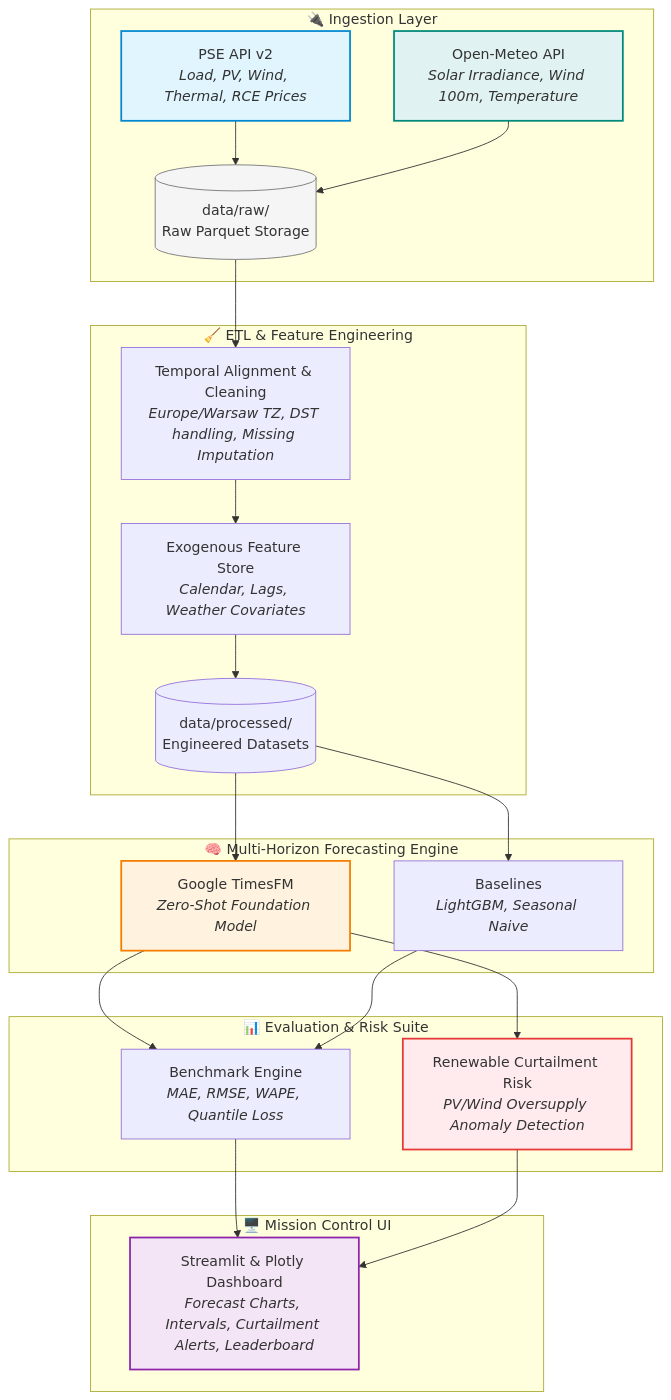
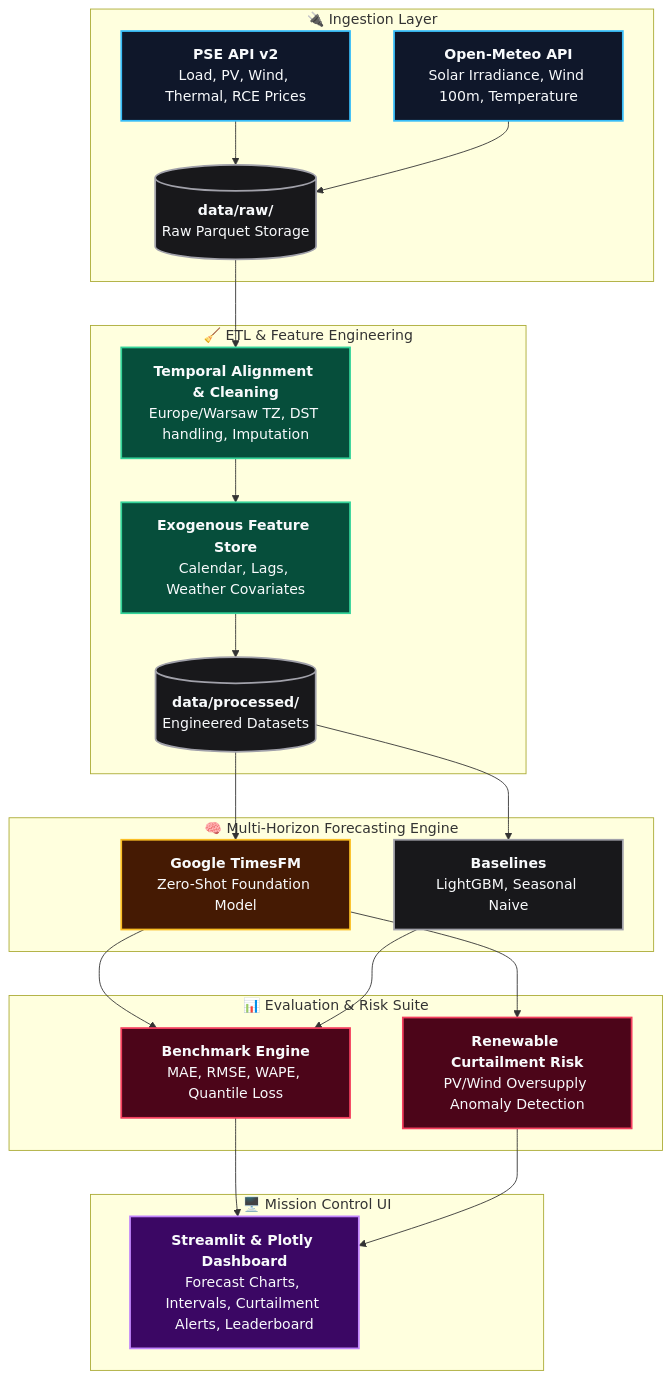
The diagram in README.md (takzen/timesfm-energy-radar), drawn with Mermaid before and after one commit.

Commit message:
docs(readme): improve Mermaid contrast and text visibility across themes

````diff
--- a/README.md
+++ b/README.md
@@ -25,45 +25,53 @@
 ```mermaid
 flowchart TD
     subgraph Ingestion["🔌 Ingestion Layer"]
-        PSE["PSE API v2<br/><i>Load, PV, Wind, Thermal, RCE Prices</i>"]
-        METEO["Open-Meteo API<br/><i>Solar Irradiance, Wind 100m, Temperature</i>"]
-        RAW[("data/raw/<br/>Raw Parquet Storage")]
+        PSE["<b>PSE API v2</b><br/>Load, PV, Wind, Thermal, RCE Prices"]
+        METEO["<b>Open-Meteo API</b><br/>Solar Irradiance, Wind 100m, Temperature"]
+        RAW[("<b>data/raw/</b><br/>Raw Parquet Storage")]
         PSE --> RAW
         METEO --> RAW
     end
 
     subgraph Processing["🧹 ETL & Feature Engineering"]
-        ETL["Temporal Alignment & Cleaning<br/><i>Europe/Warsaw TZ, DST handling, Missing Imputation</i>"]
-        FEATS["Exogenous Feature Store<br/><i>Calendar, Lags, Weather Covariates</i>"]
-        PROC[("data/processed/<br/>Engineered Datasets")]
+        ETL["<b>Temporal Alignment & Cleaning</b><br/>Europe/Warsaw TZ, DST handling, Imputation"]
+        FEATS["<b>Exogenous Feature Store</b><br/>Calendar, Lags, Weather Covariates"]
+        PROC[("<b>data/processed/</b><br/>Engineered Datasets")]
         RAW --> ETL --> FEATS --> PROC
     end
 
     subgraph Models["🧠 Multi-Horizon Forecasting Engine"]
-        TFM["Google TimesFM<br/><i>Zero-Shot Foundation Model</i>"]
-        BASE["Baselines<br/><i>LightGBM, Seasonal Naive</i>"]
+        TFM["<b>Google TimesFM</b><br/>Zero-Shot Foundation Model"]
+        BASE["<b>Baselines</b><br/>LightGBM, Seasonal Naive"]
         PROC --> TFM
         PROC --> BASE
     end
 
     subgraph Evaluation["📊 Evaluation & Risk Suite"]
-        METRICS["Benchmark Engine<br/><i>MAE, RMSE, WAPE, Quantile Loss</i>"]
-        RISK["Renewable Curtailment Risk<br/><i>PV/Wind Oversupply Anomaly Detection</i>"]
+        METRICS["<b>Benchmark Engine</b><br/>MAE, RMSE, WAPE, Quantile Loss"]
+        RISK["<b>Renewable Curtailment Risk</b><br/>PV/Wind Oversupply Anomaly Detection"]
         TFM --> METRICS
         BASE --> METRICS
         TFM --> RISK
     end
 
     subgraph Presentation["🖥️ Mission Control UI"]
-        DASH["Streamlit & Plotly Dashboard<br/><i>Forecast Charts, Intervals, Curtailment Alerts, Leaderboard</i>"]
+        DASH["<b>Streamlit & Plotly Dashboard</b><br/>Forecast Charts, Intervals, Curtailment Alerts, Leaderboard"]
         METRICS --> DASH
         RISK --> DASH
     end
 
-    style PSE fill:#e1f5fe,stroke:#0288d1,stroke-width:2px
-    style METEO fill:#e0f2f1,stroke:#00897b,stroke-width:2px
-    style RAW fill:#f5f5f5,stroke:#757575,stroke-width:1px
-    style TFM fill:#fff3e0,stroke:#f57c00,stroke-width:2px
-    style RISK fill:#ffebee,stroke:#e53935,stroke-width:2px
-    style DASH fill:#f3e5f5,stroke:#8e24aa,stroke-width:2px
+    classDef blueNode fill:#0f172a,stroke:#38bdf8,stroke-width:2px,color:#f8fafc;
+    classDef greenNode fill:#064e3b,stroke:#34d399,stroke-width:2px,color:#f8fafc;
+    classDef amberNode fill:#451a03,stroke:#fbbf24,stroke-width:2px,color:#f8fafc;
+    classDef redNode fill:#4c0519,stroke:#f43f5e,stroke-width:2px,color:#f8fafc;
+    classDef purpleNode fill:#3b0764,stroke:#c084fc,stroke-width:2px,color:#f8fafc;
+    classDef darkNode fill:#18181b,stroke:#a1a1aa,stroke-width:2px,color:#f8fafc;
+
+    class PSE,METEO blueNode;
+    class RAW,PROC darkNode;
+    class ETL,FEATS greenNode;
+    class TFM amberNode;
+    class BASE darkNode;
+    class METRICS,RISK redNode;
+    class DASH purpleNode;
 ```
````
